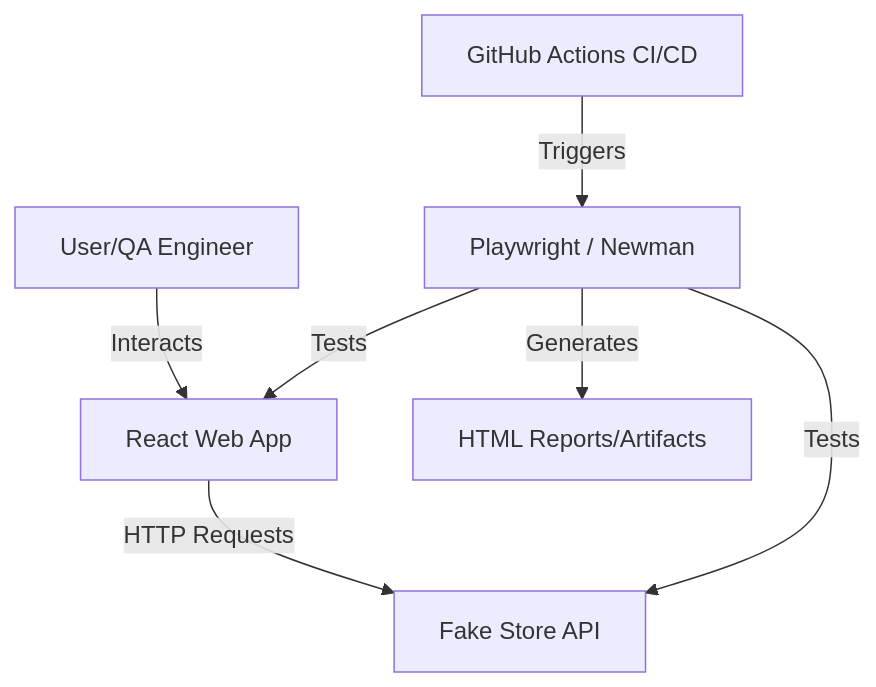
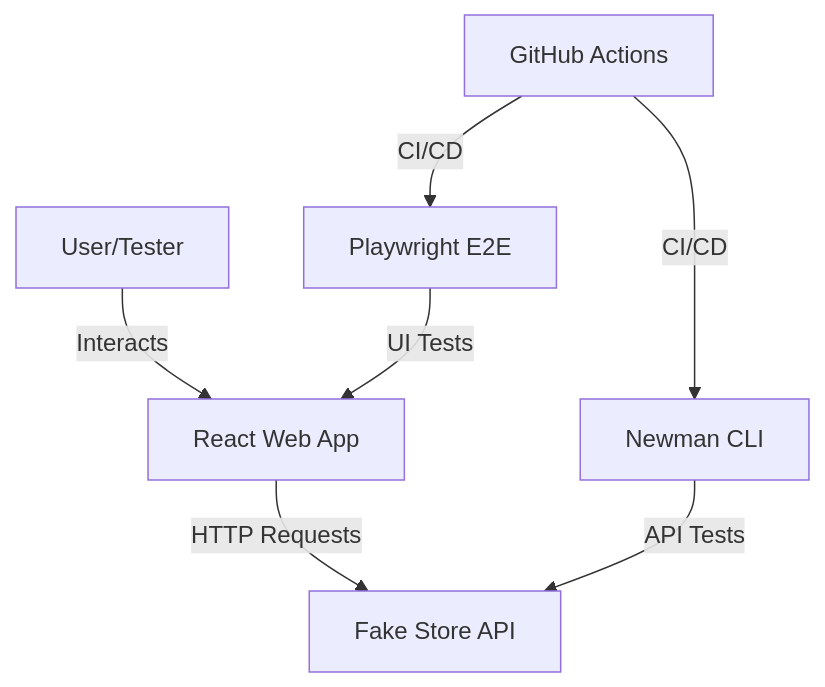
Before and after one commit to malyasalsabila12-blip/fakestore: the diagram in README.md, drawn with Mermaid. The commit also changed other lines of this file, not shown here.

````diff
--- a/README.md
+++ b/README.md
@@ -46,9 +129,9 @@
 ```mermaid
 graph TD
-    User[User/QA Engineer] -->|Interacts| WebApp[React Web App]
+    User[User/Tester] -->|Interacts| WebApp[React Web App]
     WebApp -->|HTTP Requests| API[Fake Store API]
-    Automation[Playwright / Newman] -->|Tests| WebApp
-    Automation -->|Tests| API
-    GitHubActions[GitHub Actions CI/CD] -->|Triggers| Automation
-    Automation -->|Generates| Reports[HTML Reports/Artifacts]
+    Newman[Newman CLI] -->|API Tests| API
+    Playwright[Playwright E2E] -->|UI Tests| WebApp
+    GitHubActions[GitHub Actions] -->|CI/CD| Playwright
+    GitHubActions -->|CI/CD| Newman
 ```
````
